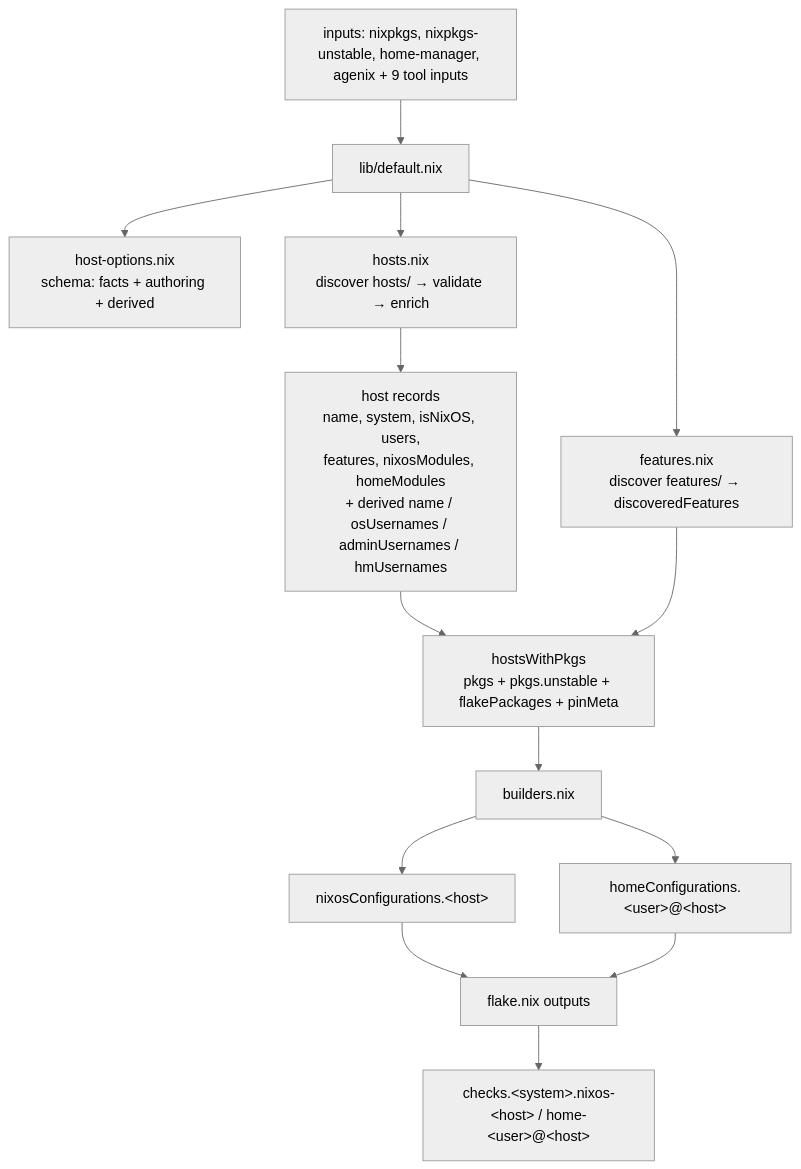
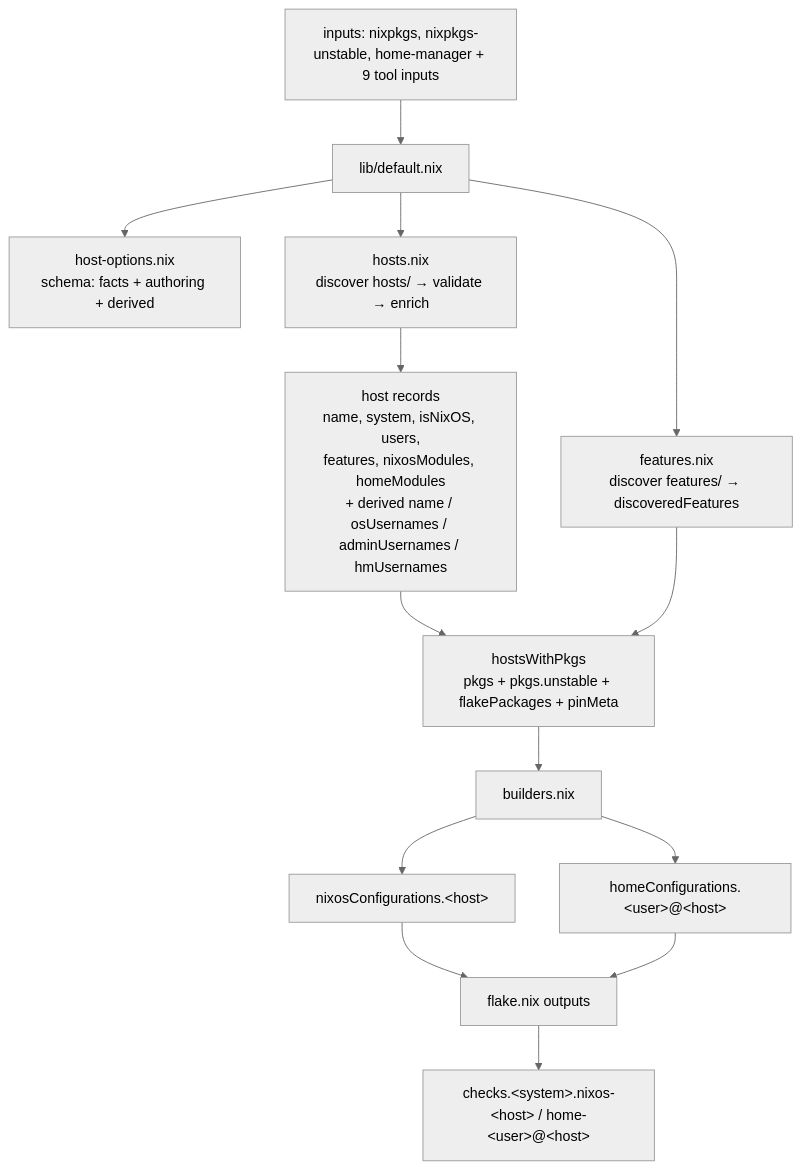
The first of 8 diagrams in DESIGN.md (WombatFromHell/automatic-palm-tree), drawn with Mermaid (neutral theme) before and after one commit. The commit also changed 12 other files, not shown here.

````diff
--- a/DESIGN.md
+++ b/DESIGN.md
@@ -44,16 +44,16 @@
 ```mermaid
 flowchart TD
-  I["inputs: nixpkgs, nixpkgs-unstable, home-manager, agenix + 9 tool inputs"] --> D["lib/default.nix"]
+  I["inputs: nixpkgs, nixpkgs-unstable, home-manager + 9 tool inputs"] --> D["lib/default.nix"]
   D --> HO["host-options.nix<br/>schema: facts + authoring + derived"]
   D --> H["hosts.nix<br/>discover hosts/ → validate → enrich"]
   H --> HD["host records<br/>name, system, isNixOS, users,<br/>features, nixosModules, homeModules<br/>+ derived name / osUsernames / adminUsernames / hmUsernames"]
   D --> F["features.nix<br/>discover features/ → discoveredFeatures"]
   HD --> P["hostsWithPkgs<br/>pkgs + pkgs.unstable + flakePackages + pinMeta"]
   F --> P
   P --> B["builders.nix"]
   B --> NC["nixosConfigurations.&lt;host&gt;"]
   B --> HC["homeConfigurations.&lt;user&gt;@&lt;host&gt;"]
   NC --> O["flake.nix outputs"]
   HC --> O
   O --> C["checks.&lt;system&gt;.nixos-&lt;host&gt; / home-&lt;user&gt;@&lt;host&gt;"]
 ```
````
